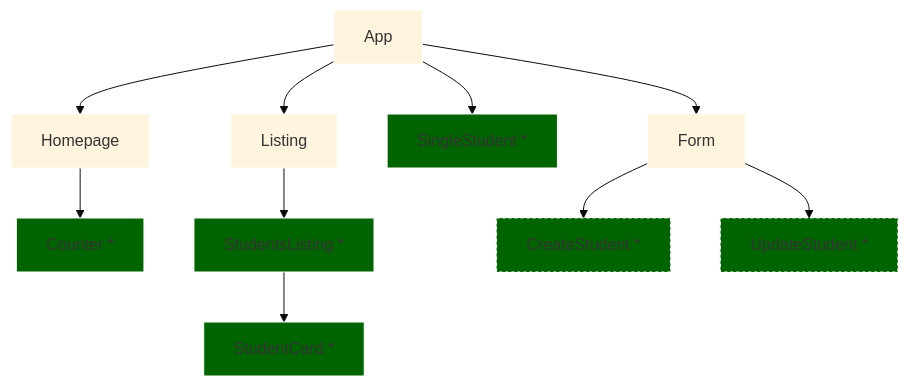
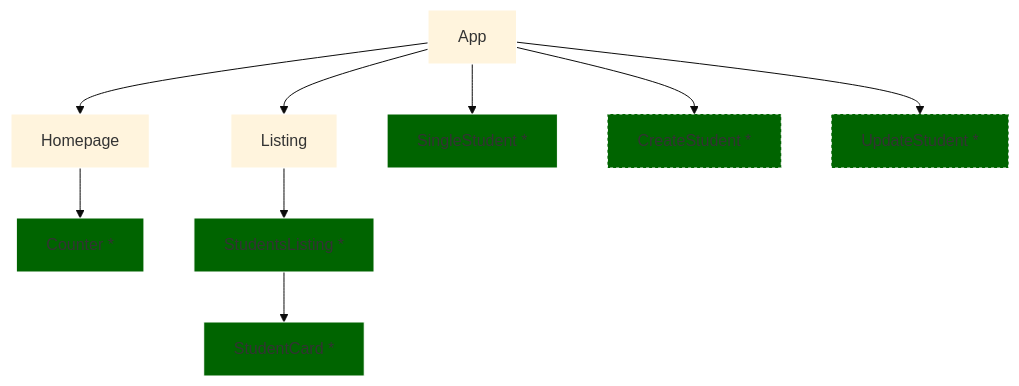
One commit to daRafael/w4-d5-exercise-react-forms changed the diagram in README.md. Above: the diagram before and after it, drawn with Mermaid (base theme).

````diff
--- a/README.md
+++ b/README.md
@@ -3,24 +3,23 @@
 ```mermaid
 graph TD
     App --> Homepage
     App --> Listing
     App --> SingleStudent[SingleStudent *]
-    App --> Form
+    App --> CreateStudent[CreateStudent *]
+    App --> UpdateStudent[UpdateStudent *]
     Homepage --> Counter[Counter *]
     Listing --> StudentsListing[StudentsListing * ]
     StudentsListing --> StudentCard[StudentCard *]
-    Form --> CreateStudent[CreateStudent *]
-    Form --> UpdateStudent[UpdateStudent *]
+
 
     style App stroke:#fff
     style Homepage stroke:#fff
     style Counter stroke:#fff,fill:darkgreen
     style Listing stroke:#fff
     style StudentsListing stroke:#fff,fill:darkgreen
     style StudentCard stroke:#fff,fill:darkgreen
     style SingleStudent stroke:#fff,fill:darkgreen
-    style Form stroke:#fff,stroke-dasharray: 3 3
     style CreateStudent stroke:#fff,stroke-dasharray:3 3,fill:darkgreen
     style UpdateStudent stroke:#fff,stroke-dasharray:3 3,fill:darkgreen
 
 ```
````
